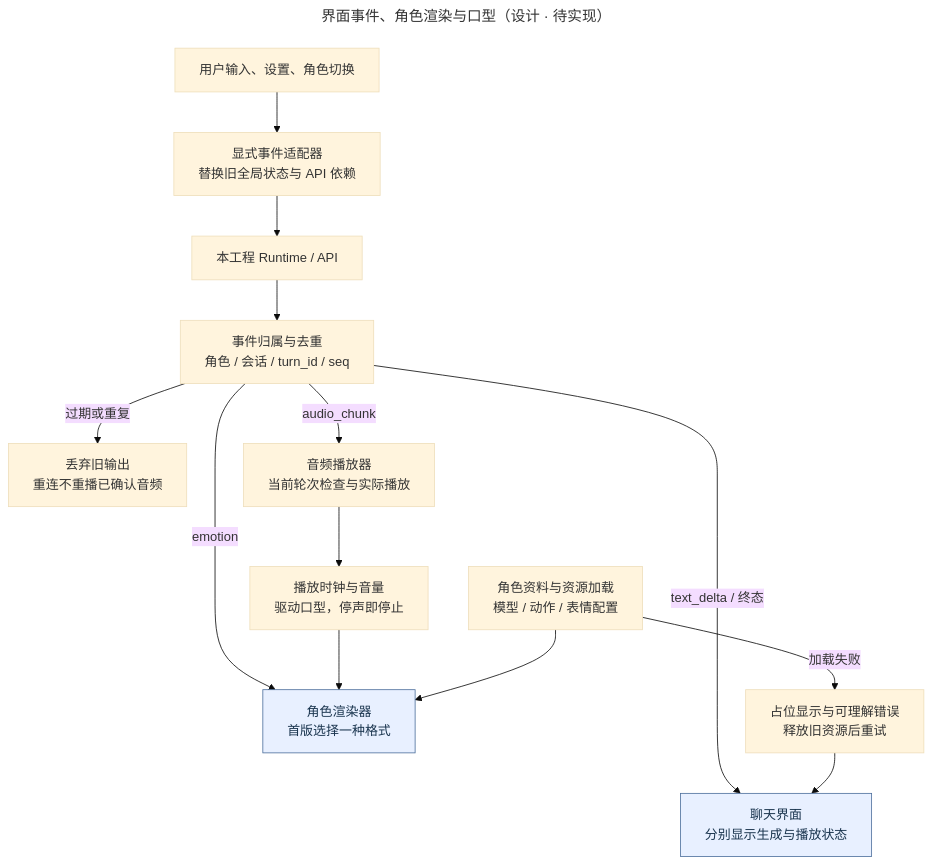
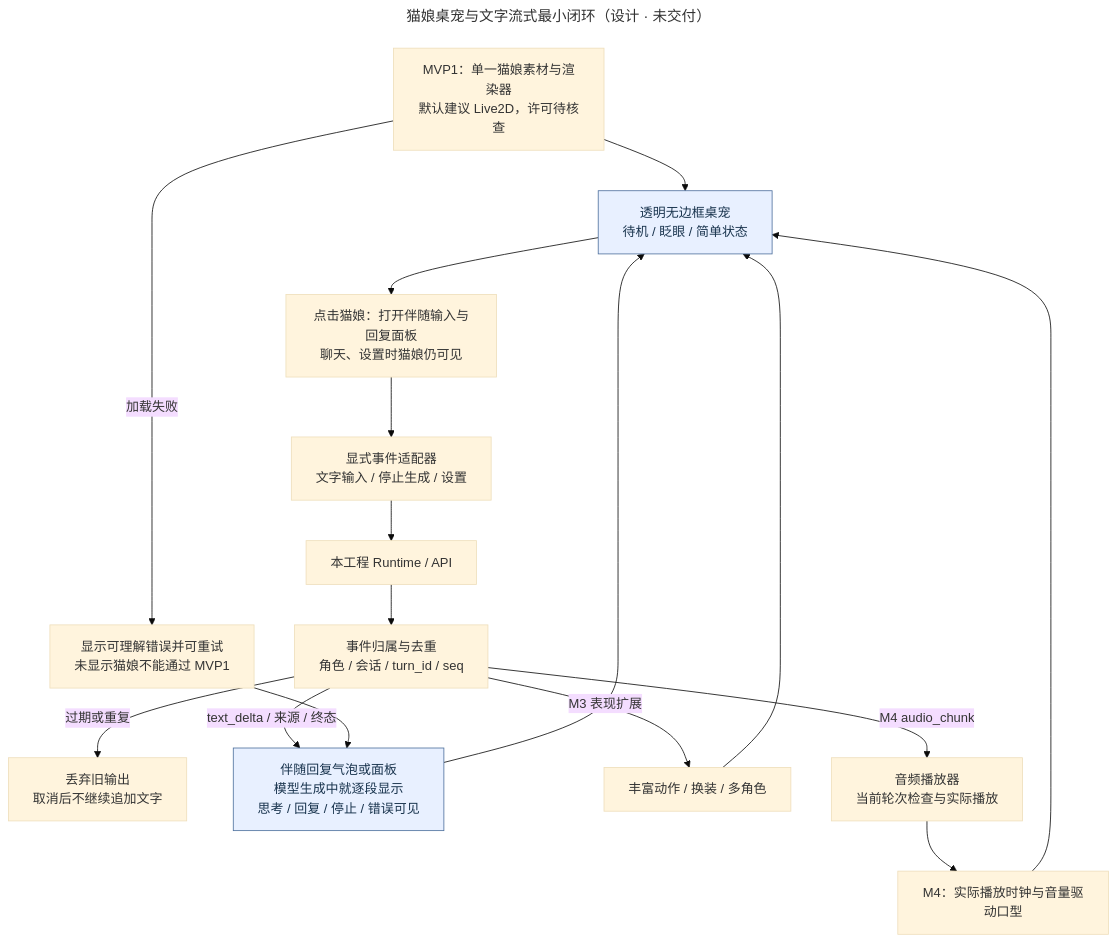
Before and after one commit to FrigidCrow/ai-neko: the diagram in docs/diagrams/src/15-ui-avatar.mmd, drawn with Mermaid (base theme). The commit also changed 167 other files, not shown here.

```diff
--- a/docs/diagrams/src/15-ui-avatar.mmd
+++ b/docs/diagrams/src/15-ui-avatar.mmd
@@ -1,18 +1,21 @@
 ---
-title: 界面事件、角色渲染与口型（设计 · 待实现）
+title: 猫娘桌宠与文字流式最小闭环（设计 · 未交付）
 ---
 flowchart TD
-    A["用户输入、设置、角色切换"] --> B["显式事件适配器<br/>替换旧全局状态与 API 依赖"]
+    F["MVP1：单一猫娘素材与渲染器<br/>默认建议 Live2D，许可待核查"] --> E["透明无边框桌宠<br/>待机 / 眨眼 / 简单状态"]
+    E --> A["点击猫娘：打开伴随输入与回复面板<br/>聊天、设置时猫娘仍可见"]
+    A --> B["显式事件适配器<br/>文字输入 / 停止生成 / 设置"]
     B --> R["本工程 Runtime / API"]
     R --> C["事件归属与去重<br/>角色 / 会话 / turn_id / seq"]
-    C -->|过期或重复| X["丢弃旧输出<br/>重连不重播已确认音频"]
-    C -->|text_delta / 终态| D["聊天界面<br/>分别显示生成与播放状态"]
-    C -->|emotion| E["角色渲染器<br/>首版选择一种格式"]
-    C -->|audio_chunk| P["音频播放器<br/>当前轮次检查与实际播放"]
-    P --> L["播放时钟与音量<br/>驱动口型，停声即停止"]
+    C -->|过期或重复| X["丢弃旧输出<br/>取消后不继续追加文字"]
+    C -->|text_delta / 来源 / 终态| D["伴随回复气泡或面板<br/>模型生成中就逐段显示<br/>思考 / 回复 / 停止 / 错误可见"]
+    D --> E
+    C -->|M3 表现扩展| MORE["丰富动作 / 换装 / 多角色"]
+    MORE --> E
+    C -->|M4 audio_chunk| P["音频播放器<br/>当前轮次检查与实际播放"]
+    P --> L["M4：实际播放时钟与音量驱动口型"]
     L --> E
-    F["角色资料与资源加载<br/>模型 / 动作 / 表情配置"] --> E
-    F -->|加载失败| H["占位显示与可理解错误<br/>释放旧资源后重试"]
+    F -->|加载失败| H["显示可理解错误并可重试<br/>未显示猫娘不能通过 MVP1"]
     H --> D
     classDef view fill:#E8F0FF,stroke:#4D6F9C,color:#19344E;
     class D,E view;
```
